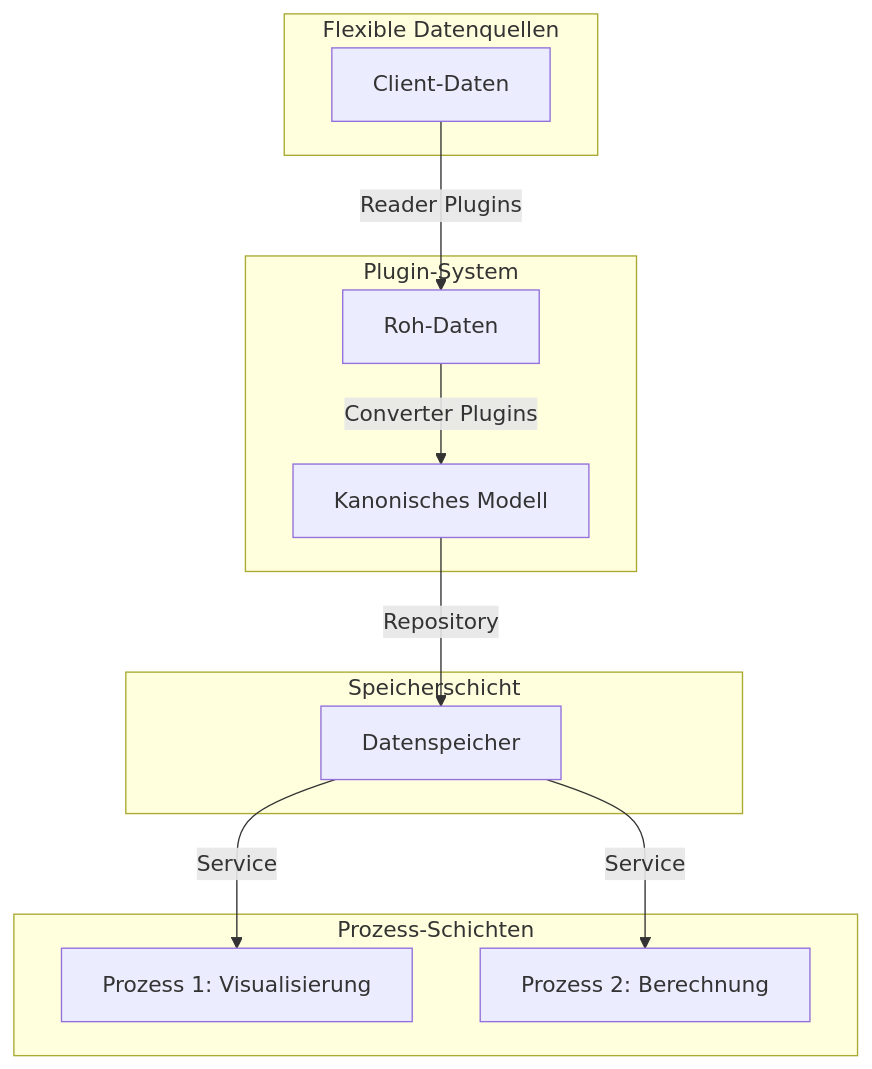
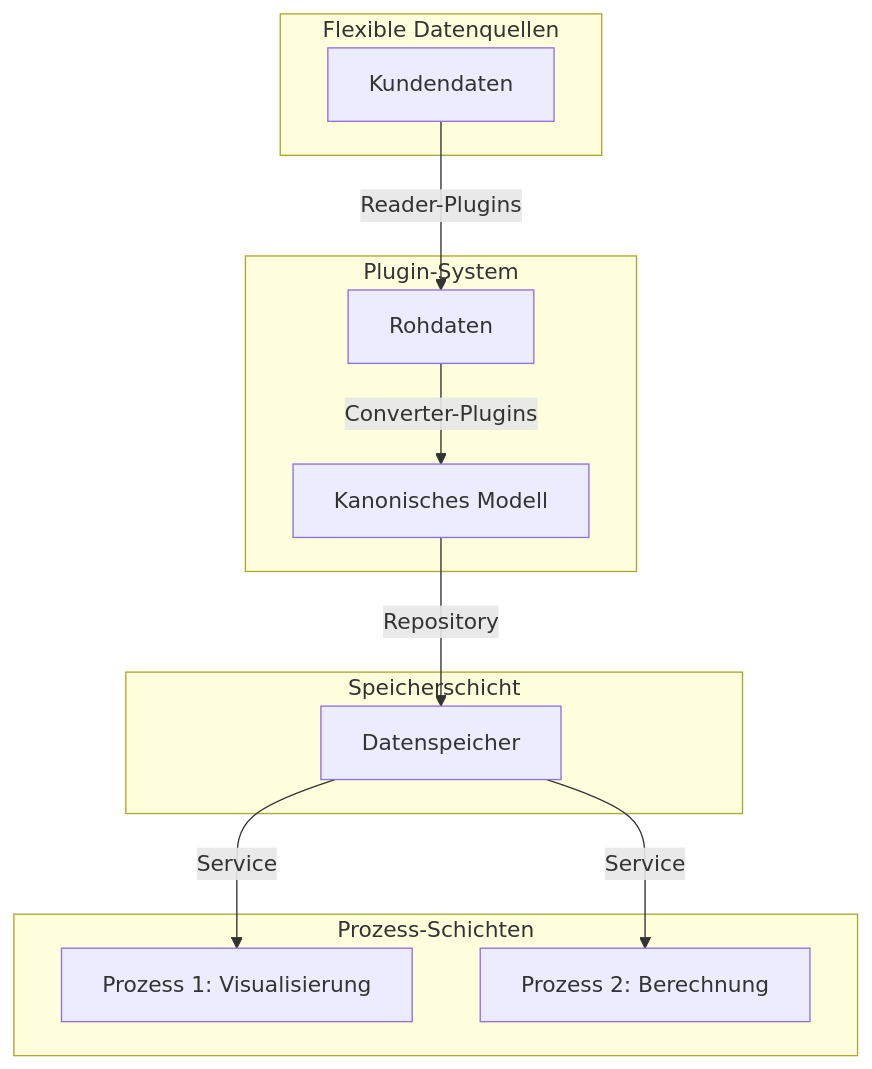
The diagram in README.md (eraschle/pyarm), drawn with Mermaid before and after one commit. The commit also changed other lines of this file and 10 other files, not shown here.

````diff
--- a/README.md
+++ b/README.md
@@ -9,26 +9,26 @@
 ```mermaid
 graph TD
-    A[Client-Daten] -->|Reader Plugins| B[Roh-Daten]
-    B -->|Converter Plugins| C[Kanonisches Modell]
+    A[Kundendaten] -->|Reader-Plugins| B[Rohdaten]
+    B -->|Converter-Plugins| C[Kanonisches Modell]
     C -->|Repository| D[Datenspeicher]
     D -->|Service| E1[Prozess 1: Visualisierung]
     D -->|Service| E2[Prozess 2: Berechnung]
 
     subgraph "Flexible Datenquellen"
         A
     end
 
     subgraph "Plugin-System"
         B
         C
     end
 
     subgraph "Speicherschicht"
         D
     end
 
     subgraph "Prozess-Schichten"
         E1
         E2
     end
 ```
````
